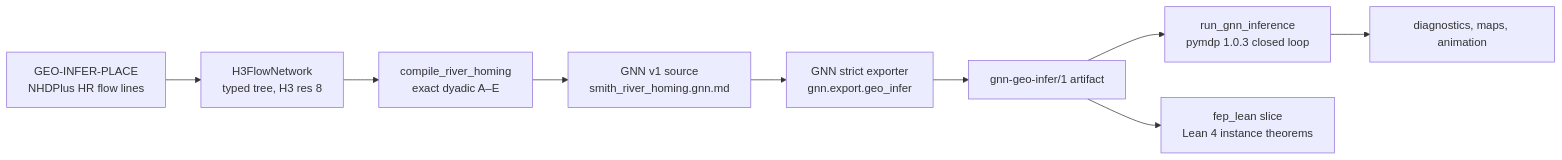
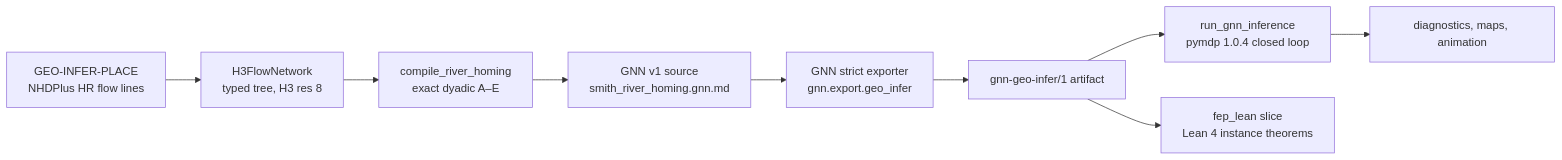
The diagram in GEO-INFER-ACT/docs/cascadia_river_homing.md (ActiveInferenceInstitute/GEO_INFER), drawn with Mermaid before and after one commit. The commit also changed other lines of this file and 45 other files, not shown here.

````diff
--- a/GEO-INFER-ACT/docs/cascadia_river_homing.md
+++ b/GEO-INFER-ACT/docs/cascadia_river_homing.md
@@ -19,11 +19,11 @@
 ```mermaid
 flowchart LR
     P["GEO-INFER-PLACE<br/>NHDPlus HR flow lines"] --> N["H3FlowNetwork<br/>typed tree, H3 res 8"]
     N --> M["compile_river_homing<br/>exact dyadic A–E"]
     M --> S["GNN v1 source<br/>smith_river_homing.gnn.md"]
     S --> X["GNN strict exporter<br/>gnn.export.geo_infer"]
     X --> J["gnn-geo-infer/1 artifact"]
-    J --> R["run_gnn_inference<br/>pymdp 1.0.3 closed loop"]
+    J --> R["run_gnn_inference<br/>pymdp 1.0.4 closed loop"]
     J --> L["fep_lean slice<br/>Lean 4 instance theorems"]
     R --> V["diagnostics, maps, animation"]
 ```
````
